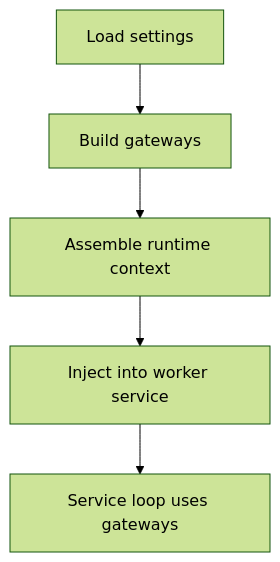
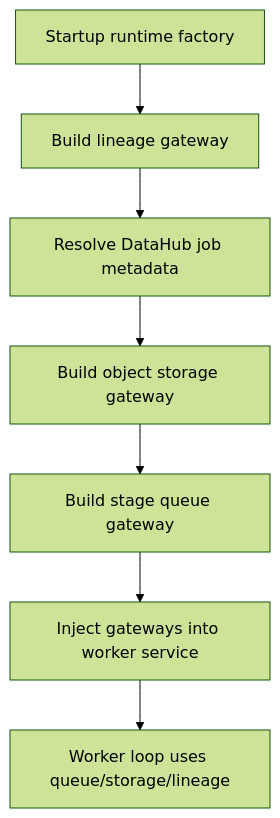
Before and after one commit to ElwesHonorato/governed-rag-foundation: the second of 2 diagrams in libs/pipeline-common/src/pipeline_common/gateways/docs/ARCHITECTURE.md, drawn with Mermaid (forest theme). The commit also changed other lines of this file and 6 other files, not shown here.

Commit message:
docs(architecture): move module architecture files into docs folders

````diff
--- a/libs/pipeline-common/src/pipeline_common/gateways/docs/ARCHITECTURE.md
+++ b/libs/pipeline-common/src/pipeline_common/gateways/docs/ARCHITECTURE.md
@@ -41,7 +121,9 @@
 ```mermaid
 flowchart TD
-    A[Load settings] --> B[Build gateways]
-    B --> C[Assemble runtime context]
-    C --> D[Inject into worker service]
-    D --> E[Service loop uses gateways]
+    A[Startup runtime factory] --> B[Build lineage gateway]
+    B --> C[Resolve DataHub job metadata]
+    C --> D[Build object storage gateway]
+    D --> E[Build stage queue gateway]
+    E --> F[Inject gateways into worker service]
+    F --> G[Worker loop uses queue/storage/lineage]
 ```
````
